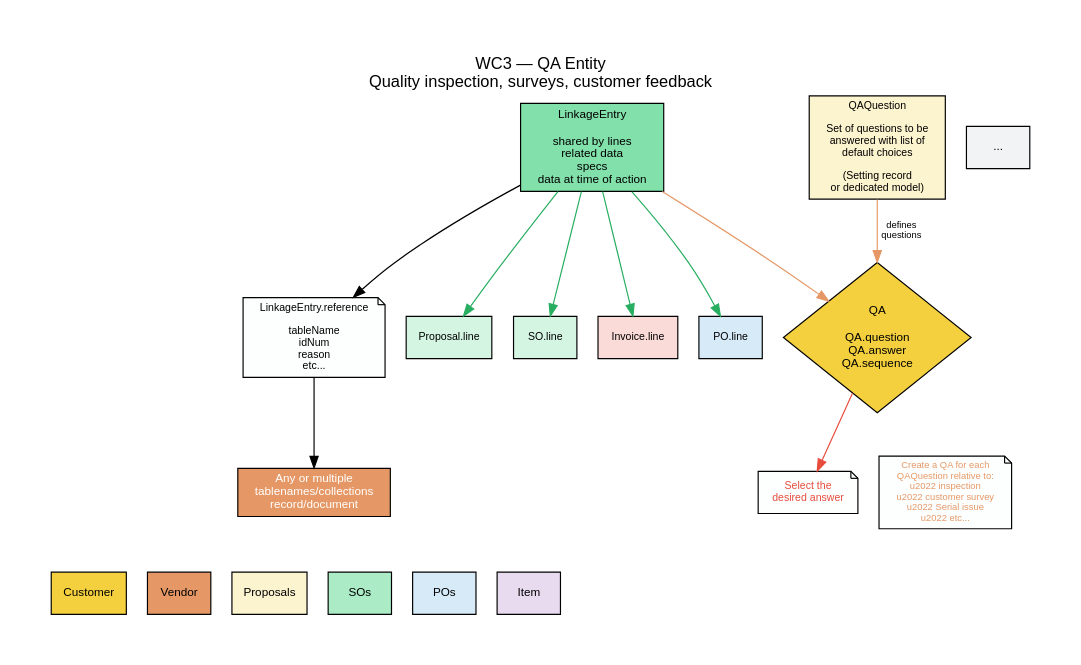
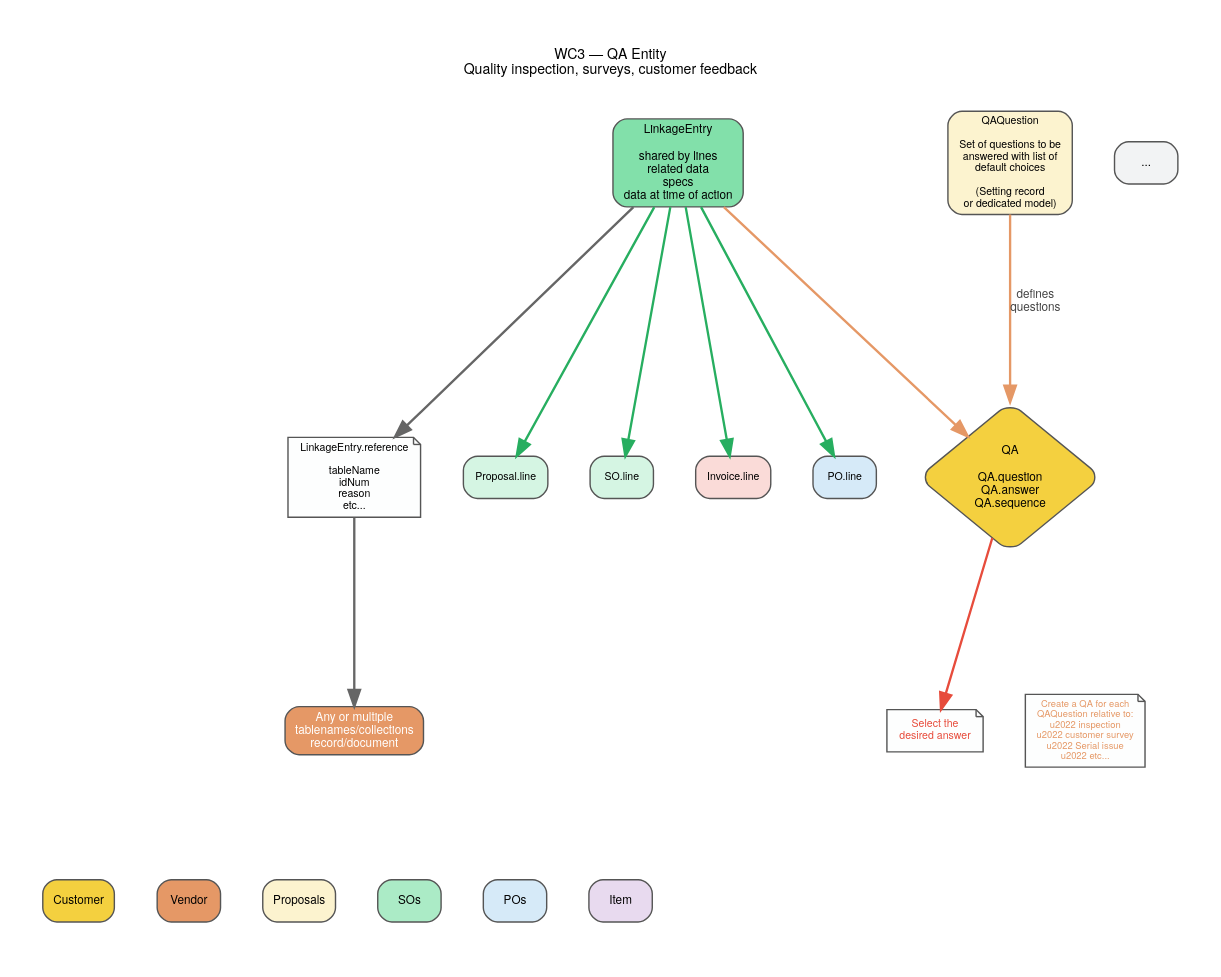
Before and after one commit to JPods/allie-core: the diagram in readmes/flowcharts/wc3-qa-entity.enriched.dot, drawn with Graphviz. The commit also changed 121 other files, not shown here.

First line of the commit message:
CodeMap: live architecture tool — 3 layers, 34 flowcharts, 55+ mapped nodes

```diff
--- a/readmes/flowcharts/wc3-qa-entity.enriched.dot
+++ b/readmes/flowcharts/wc3-qa-entity.enriched.dot
@@ -1,73 +1,97 @@
 // WC3 QA Entity — Quality Assurance question/answer pattern
 // Linkage references any record; QAQuestion defines the survey; QA holds answers
 // Render: dot -Tpdf wc3-qa-entity.dot -o wc3-qa-entity.pdf
 
 // CodeMap revision: 1 — 2026-08-11
 
 digraph wc3_qa {
+    // ── CodeMap Standard Style ──
+    fontname="Helvetica Neue,Helvetica,Arial,sans-serif"
+    fontsize=12
+    bgcolor="white"
+    pad=0.4
+    nodesep=0.5
+    ranksep=0.6
+    splines=true
+    ratio=0.75
+
+    node [
+        fontname="Helvetica Neue,Helvetica,Arial,sans-serif"
+        fontsize=10
+        style="filled,rounded"
+        shape=box
+        penwidth=1.2
+        color="#555555"
+        margin="0.12,0.06"
+    ]
+
+    edge [
+        fontname="Helvetica Neue,Helvetica,Arial,sans-serif"
+        fontsize=10
+        penwidth=2.0
+        arrowhead=normal
+        arrowsize=1.4
+        color="#666666"
+        fontcolor="#444444"
+    ]
+
     rankdir=TB
-    fontname="Helvetica"
-    fontsize=11
-    node [fontname="Helvetica" fontsize=10 style=filled]
-    edge [fontname="Helvetica" fontsize=8]
     label="WC3 — QA Entity\nQuality inspection, surveys, customer feedback"
     labelloc=t
-    fontsize=14
-    pad=0.5
 
     // Linkage
     linkage [label="LinkageEntry\n\nshared by lines\nrelated data\nspecs\ndata at time of action" shape=box fillcolor="#82E0AA" URL="vscode://file/Users/williamjames/Documents/CommerceExpert/webClerk3/apps/core/models/linkage.py" target="_blank" tooltip="Shared line data — specs, related records, data at time of action.\nModel: apps/core/models/linkage.py"]
 
     // Reference
     linkage_ref [label="LinkageEntry.reference\n\ntableName\nidNum\nreason\netc..." shape=note fillcolor="#FDFEFE" fontsize=9]
 
     // Any record
     any_record [label="Any or multiple\ntablenames/collections\nrecord/document" shape=box fillcolor="#E59866" fontcolor=white fontsize=10]
 
     // Record types
     customer [label="Customer" shape=box fillcolor="#F4D03F"]
     vendor [label="Vendor" shape=box fillcolor="#E59866"]
     proposals [label="Proposals" shape=box fillcolor="#FCF3CF" URL="vscode://file/Users/williamjames/Documents/CommerceExpert/webClerk3/apps/transactions/models/proposal.py" target="_blank" tooltip="Sales proposals — forecasts weighted by probability.\nModel: apps/transactions/models/proposal.py"]
     sos [label="SOs" shape=box fillcolor="#ABEBC6"]
     pos [label="POs" shape=box fillcolor="#D6EAF8"]
     item_rec [label="Item" shape=box fillcolor="#E8DAEF"]
     dots [label="..." shape=box fillcolor="#F2F3F4"]
 
     // Lines that connect
     prop_line [label="Proposal.line" shape=box fillcolor="#D5F5E3" fontsize=9 URL="vscode://file/Users/williamjames/Documents/CommerceExpert/webClerk3/apps/transactions/models/line.py" target="_blank" tooltip="Proposal line — quantity.placed, actioned, remaining, canceled.\nModel: apps/transactions/models/line.py"]
     so_line [label="SO.line" shape=box fillcolor="#D5F5E3" fontsize=9]
     inv_line [label="Invoice.line" shape=box fillcolor="#FADBD8" fontsize=9]
     po_line [label="PO.line" shape=box fillcolor="#D6EAF8" fontsize=9]
 
     // QA Question template
     qa_question [label="QAQuestion\n\nSet of questions to be\nanswered with list of\ndefault choices\n\n(Setting record\nor dedicated model)" shape=box fillcolor="#FCF3CF" fontsize=9]
 
     // QA answer record
     qa [label="QA\n\nQA.question\nQA.answer\nQA.sequence" shape=diamond fillcolor="#F4D03F" fontsize=10]
 
     // Selection
     select [label="Select the\ndesired answer" shape=note fillcolor="#FDFEFE" fontsize=9 fontcolor="#E74C3C"]
 
     // Creation note
     create_note [label="Create a QA for each\nQAQuestion relative to:\n\u2022 inspection\n\u2022 customer survey\n\u2022 Serial issue\n\u2022 etc..." shape=note fillcolor="#FDFEFE" fontsize=8 fontcolor="#E59866"]
 
     // Edges
     linkage -> linkage_ref
     linkage_ref -> any_record
     any_record -> customer [style=invis]
     any_record -> vendor [style=invis]
     any_record -> proposals [style=invis]
     any_record -> sos [style=invis]
     any_record -> pos [style=invis]
     any_record -> item_rec [style=invis]
 
     linkage -> prop_line [color="#27AE60"]
     linkage -> so_line [color="#27AE60"]
     linkage -> inv_line [color="#27AE60"]
     linkage -> po_line [color="#27AE60"]
 
     linkage -> qa [color="#E59866"]
     qa_question -> qa [label="defines\nquestions" color="#E59866"]
     qa -> select [color="#E74C3C"]
     qa -> create_note [style=invis]
 }
```
